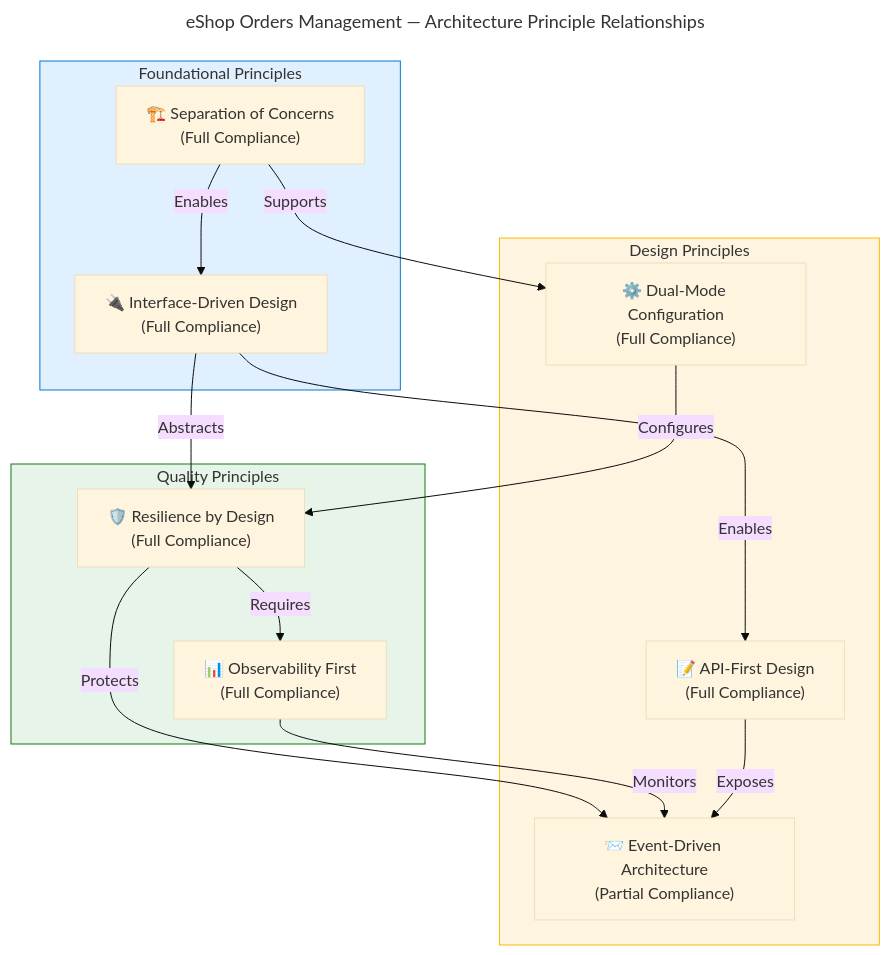
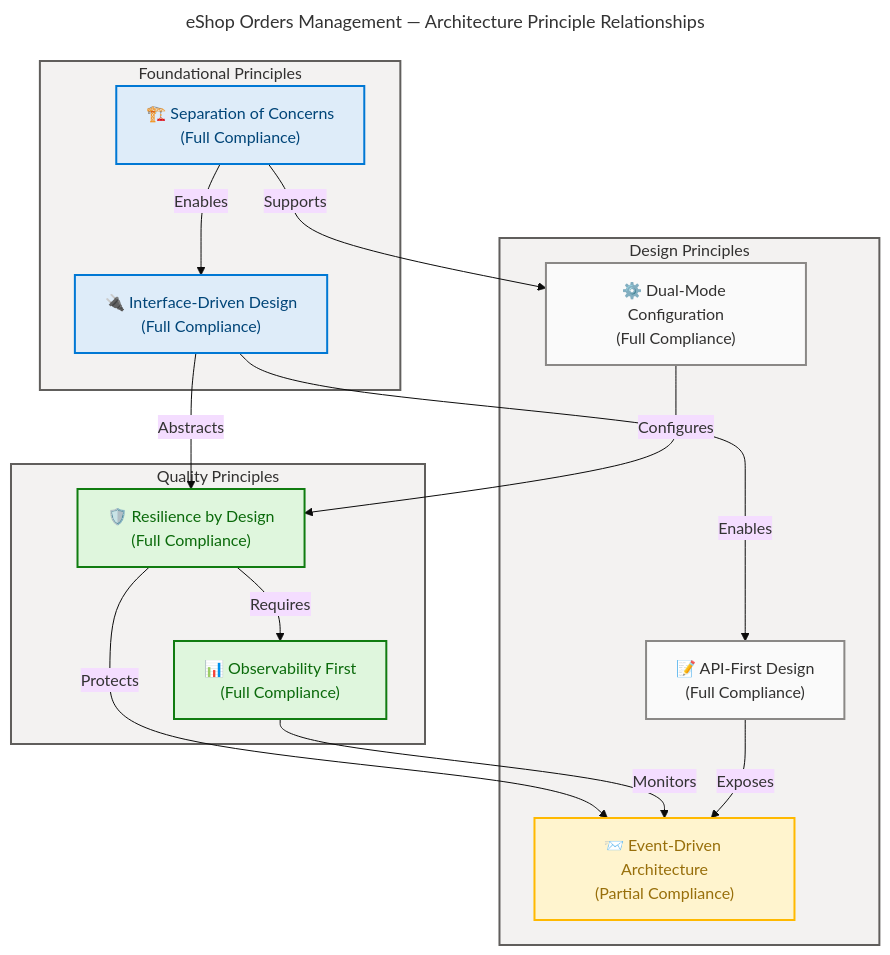
Before and after one commit to Evilazaro/Azure-LogicApps-Monitoring: the fourth of 14 diagrams in docs/architecture/application-architecture.md, drawn with Mermaid. The commit also changed other lines of this file, not shown here.

Commit message:
Enhance application architecture diagrams with improved styling and classification for better clarity and visual distinction of components and services

````diff
--- a/docs/architecture/application-architecture.md
+++ b/docs/architecture/application-architecture.md
@@ -417,55 +433,60 @@
 ```mermaid
 ---
 title: "eShop Orders Management — Architecture Principle Relationships"
 config:
   theme: base
   look: classic
   layout: dagre
   themeVariables:
     fontSize: "16px"
 ---
 flowchart TB
     accTitle: Architecture Principle Relationships
     accDescr: Shows the 7 observed architecture principles and their interdependencies
 
     %% ═══════════════════════════════════════════════════════════════════════════
     %% AZURE / FLUENT ARCHITECTURE PATTERN v1.1
     %% (Semantic + Structural + Font + Accessibility Governance)
     %% ═══════════════════════════════════════════════════════════════════════════
     %% PHASE 1 - STRUCTURAL: Direction explicit, flat topology, nesting ≤ 3
     %% PHASE 2 - SEMANTIC: Colors justified, max 5 semantic classes, neutral-first
     %% PHASE 3 - FONT: Dark text on light backgrounds, contrast ≥ 4.5:1
     %% PHASE 4 - ACCESSIBILITY: accTitle/accDescr present, icons on all nodes
     %% PHASE 5 - STANDARD: Governance block present, classDefs centralized
     %% ═══════════════════════════════════════════════════════════════════════════
 
     subgraph FoundationalPrinciples["Foundational Principles"]
-        P1["🏗️ Separation of Concerns\n(Full Compliance)"]
-        P2["🔌 Interface-Driven Design\n(Full Compliance)"]
+        P1["🏗️ Separation of Concerns\n(Full Compliance)"]:::core
+        P2["🔌 Interface-Driven Design\n(Full Compliance)"]:::core
     end
 
     subgraph QualityPrinciples["Quality Principles"]
-        P3["🛡️ Resilience by Design\n(Full Compliance)"]
-        P4["📊 Observability First\n(Full Compliance)"]
+        P3["🛡️ Resilience by Design\n(Full Compliance)"]:::success
+        P4["📊 Observability First\n(Full Compliance)"]:::success
     end
 
     subgraph DesignPrinciples["Design Principles"]
-        P5["⚙️ Dual-Mode Configuration\n(Full Compliance)"]
-        P6["📝 API-First Design\n(Full Compliance)"]
-        P7["📨 Event-Driven Architecture\n(Partial Compliance)"]
+        P5["⚙️ Dual-Mode Configuration\n(Full Compliance)"]:::neutral
+        P6["📝 API-First Design\n(Full Compliance)"]:::neutral
+        P7["📨 Event-Driven Architecture\n(Partial Compliance)"]:::warning
     end
 
     P1 -->|"Enables"| P2
     P1 -->|"Supports"| P5
     P2 -->|"Enables"| P6
     P3 -->|"Requires"| P4
     P3 -->|"Protects"| P7
     P4 -->|"Monitors"| P7
     P6 -->|"Exposes"| P7
     P5 -->|"Configures"| P3
     P2 -->|"Abstracts"| P3
 
-    style FoundationalPrinciples fill:#e1f0ff,stroke:#0078d4,color:#333
-    style QualityPrinciples fill:#e6f4ea,stroke:#107c10,color:#333
-    style DesignPrinciples fill:#fff4e0,stroke:#ffb900,color:#333
+    style FoundationalPrinciples fill:#F3F2F1,stroke:#605E5C,stroke-width:2px,color:#323130
+    style QualityPrinciples fill:#F3F2F1,stroke:#605E5C,stroke-width:2px,color:#323130
+    style DesignPrinciples fill:#F3F2F1,stroke:#605E5C,stroke-width:2px,color:#323130
+
+    classDef core fill:#DEECF9,stroke:#0078D4,stroke-width:2px,color:#004578
+    classDef success fill:#DFF6DD,stroke:#107C10,stroke-width:2px,color:#0B6A0B
+    classDef neutral fill:#FAFAFA,stroke:#8A8886,stroke-width:2px,color:#323130
+    classDef warning fill:#FFF4CE,stroke:#FFB900,stroke-width:2px,color:#986F0B
 ```
````
